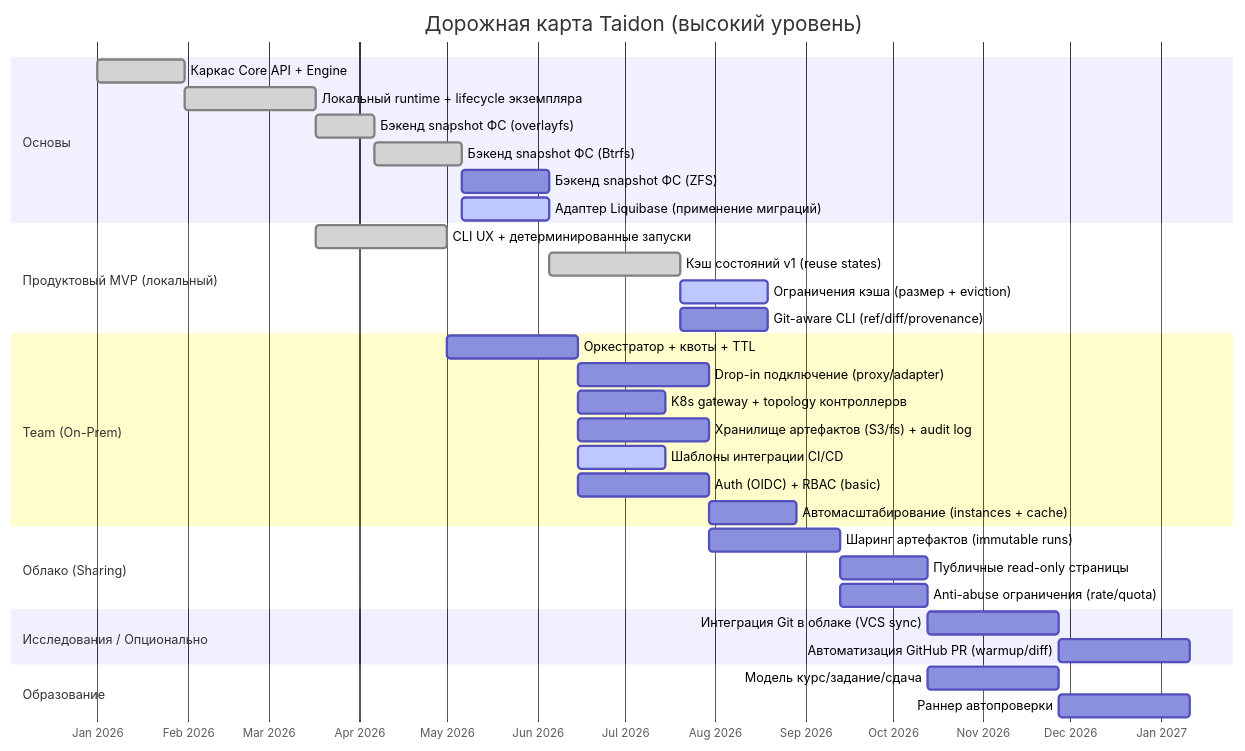
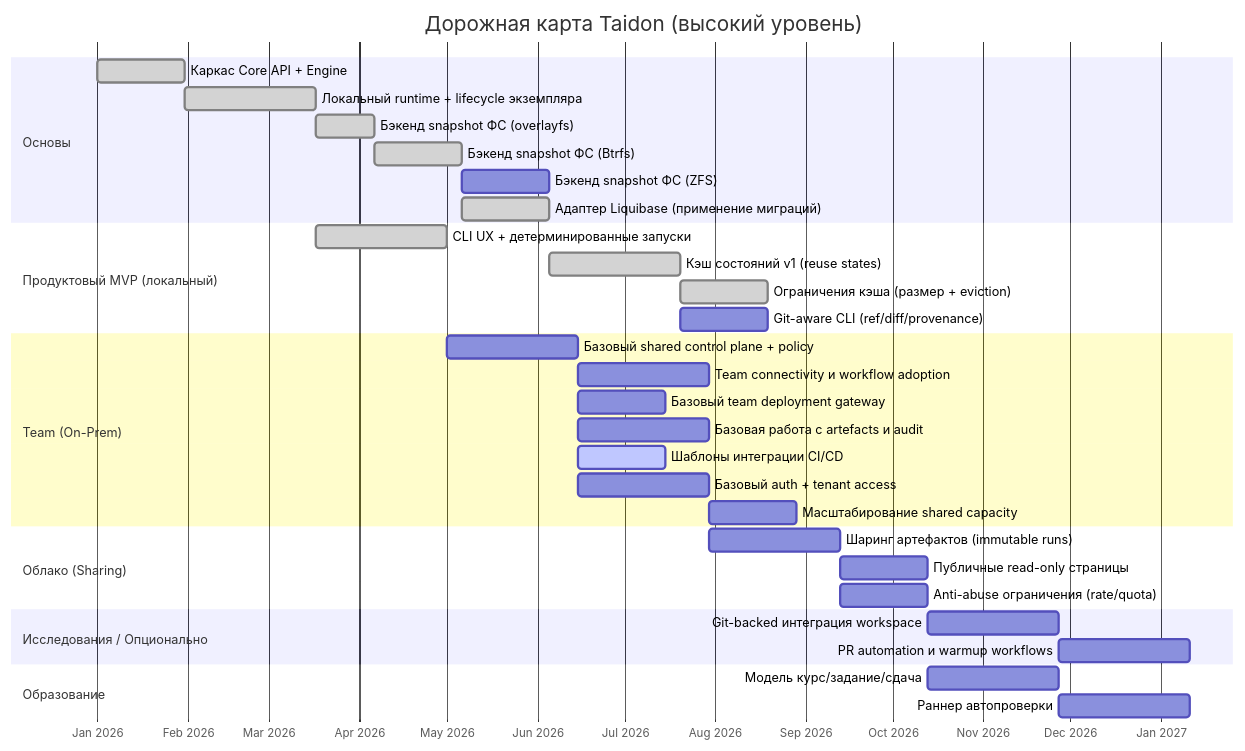
Before and after one commit to kimak-irmagi/taidon: the diagram in docs/roadmap.RU.md, drawn with Mermaid. The commit also changed other lines of this file and 3 other files, not shown here.

Commit message:
Roadmap status update

````diff
--- a/docs/roadmap.RU.md
+++ b/docs/roadmap.RU.md
@@ -26,42 +26,42 @@
 ```mermaid
 gantt
     title Дорожная карта Taidon (высокий уровень)
     dateFormat  YYYY-MM-DD
     axisFormat  %b %Y
 
     section Основы
     Каркас Core API + Engine                  :done, a1, 2026-01-01, 30d
     Локальный runtime + lifecycle экземпляра   :done, a2, after a1, 45d
     Бэкенд snapshot ФС (overlayfs)            :done, a2fs, after a2, 20d
     Бэкенд snapshot ФС (Btrfs)                :done, a2b, after a2fs, 30d
     Бэкенд snapshot ФС (ZFS)                  :a2z, after a2b, 30d
-    Адаптер Liquibase (применение миграций)   :active, a3, after a2b, 30d
+    Адаптер Liquibase (применение миграций)   :done, a3, after a2b, 30d
 
     section Продуктовый MVP (локальный)
     CLI UX + детерминированные запуски        :done, b2, after a2, 45d
     Кэш состояний v1 (reuse states)           :done, b3, after a3, 45d
-    Ограничения кэша (размер + eviction)      :active, b3g, after b3, 30d
+    Ограничения кэша (размер + eviction)      :done, b3g, after b3, 30d
     Git-aware CLI (ref/diff/provenance)       :b4, after b3, 30d
 
     section Team (On-Prem)
-    Оркестратор + квоты + TTL                 :c1, after b2, 45d
-    Drop-in подключение (proxy/adapter)       :c0, after c1, 45d
-    K8s gateway + topology контроллеров       :c6, after c1, 30d
-    Хранилище артефактов (S3/fs) + audit log  :c2, after c1, 45d
+    Базовый shared control plane + policy      :c1, after b2, 45d
+    Team connectivity и workflow adoption      :c0, after c1, 45d
+    Базовый team deployment gateway            :c6, after c1, 30d
+    Базовая работа с artefacts и audit         :c2, after c1, 45d
     Шаблоны интеграции CI/CD                  :active, c3, after c1, 30d
-    Auth (OIDC) + RBAC (basic)                :c4, after c1, 45d
-    Автомасштабирование (instances + cache)   :c5, after c2, 30d
+    Базовый auth + tenant access               :c4, after c1, 45d
+    Масштабирование shared capacity            :c5, after c2, 30d
 
     section Облако (Sharing)
     Шаринг артефактов (immutable runs)        :d1, after c2, 45d
     Публичные read-only страницы              :d2, after d1, 30d
     Anti-abuse ограничения (rate/quota)       :d3, after d1, 30d
 
     section Исследования / Опционально
-    Интеграция Git в облаке (VCS sync)        :o1, after d2, 45d
-    Автоматизация GitHub PR (warmup/diff)     :o2, after o1, 45d
+    Git-backed интеграция workspace            :o1, after d2, 45d
+    PR automation и warmup workflows           :o2, after o1, 45d
 
     section Образование
     Модель курс/задание/сдача                 :e1, after d2, 45d
     Раннер автопроверки                       :e2, after e1, 45d
 ```
````
